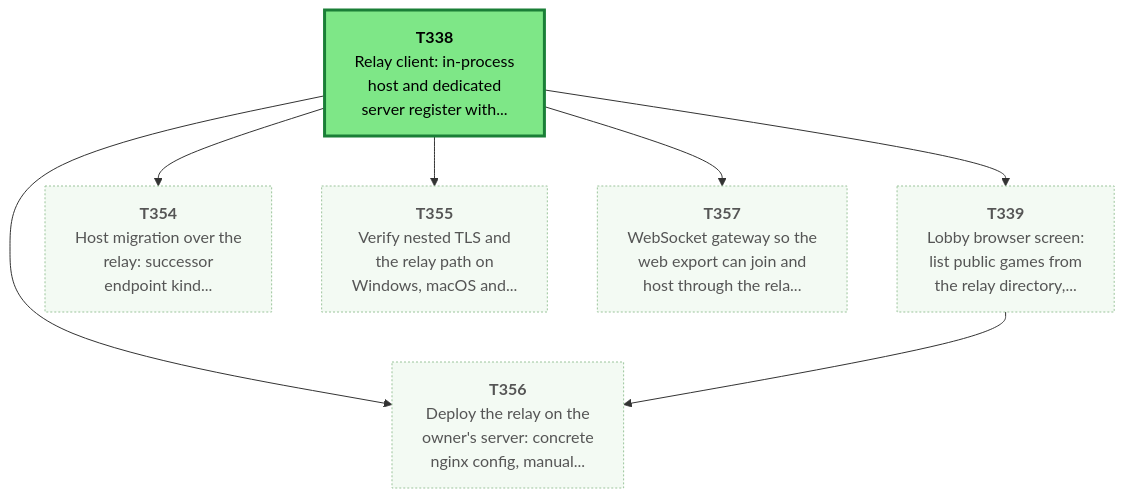
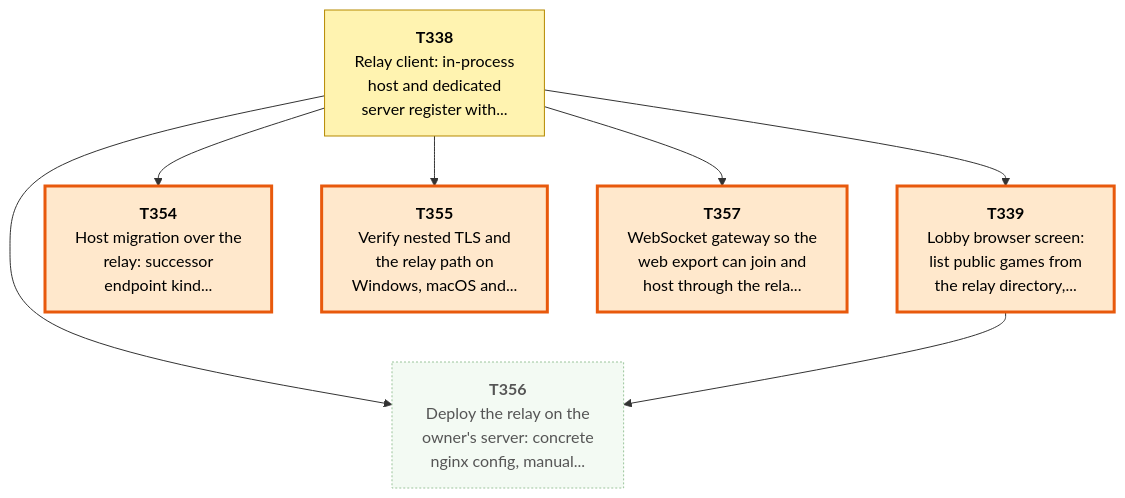
Before and after one commit to Kenmura/Unciv: the first of 8 diagrams in csharp/migration/DEPENDENCY_MAP.md, drawn with Mermaid. The commit also changed other lines of this file and 1 other file, not shown here.

````diff
--- a/csharp/migration/DEPENDENCY_MAP.md
+++ b/csharp/migration/DEPENDENCY_MAP.md
@@ -58,28 +61,28 @@
 ```mermaid
 flowchart TD
   T338["<b>T338</b><br/>Relay client: in-process<br/>host and dedicated<br/>server register with..."]
   T339["<b>T339</b><br/>Lobby browser screen:<br/>list public games from<br/>the relay directory,..."]
   T354["<b>T354</b><br/>Host migration over the<br/>relay: successor<br/>endpoint kind..."]
   T355["<b>T355</b><br/>Verify nested TLS and<br/>the relay path on<br/>Windows, macOS and..."]
   T356["<b>T356</b><br/>Deploy the relay on the<br/>owner's server: concrete<br/>nginx config, manual..."]
   T357["<b>T357</b><br/>WebSocket gateway so the<br/>web export can join and<br/>host through the rela..."]
   T338 --> T339
   T338 --> T354
   T338 --> T355
   T338 --> T356
   T339 --> T356
   T338 --> T357
   classDef waiting fill:#f3faf3,stroke:#9bc49b,color:#555,stroke-dasharray:2 2
   classDef ondeck fill:#ffe8cc,stroke:#e8590c,stroke-width:3px,color:#000
   classDef ready fill:#7ee787,stroke:#1a7f37,stroke-width:3px,color:#000
   classDef prog fill:#fff3b0,stroke:#b58900,color:#000
   classDef review fill:#cfe4ff,stroke:#1f6feb,color:#000
   classDef blocked fill:#ffd6d6,stroke:#c62828,color:#000
   classDef done fill:#eeeeee,stroke:#999999,color:#666,stroke-dasharray:4 3
-  class T338 ready
-  class T339 waiting
-  class T354 waiting
-  class T355 waiting
+  class T338 prog
+  class T339 ondeck
+  class T354 ondeck
+  class T355 ondeck
   class T356 waiting
-  class T357 waiting
+  class T357 ondeck
 ```
````
